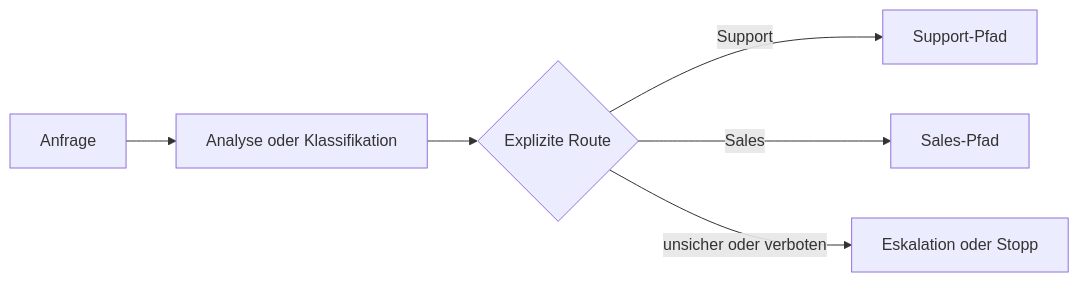
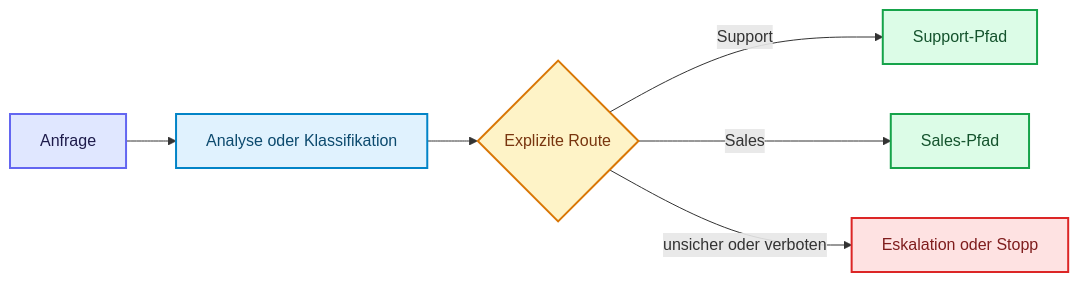
The second of 7 diagrams in docs/04-agenten-implementierung/entwurf/agent-architekturen.md (ralf-42/Agenten), drawn with Mermaid before and after one commit. The commit also changed other lines of this file and 18 other files, not shown here.

````diff
--- a/docs/04-agenten-implementierung/entwurf/agent-architekturen.md
+++ b/docs/04-agenten-implementierung/entwurf/agent-architekturen.md
@@ -119,8 +128,19 @@
 ```mermaid
 flowchart LR
     A[Anfrage] --> B[Analyse oder Klassifikation]
     B --> C{Explizite Route}
     C -->|Support| S[Support-Pfad]
     C -->|Sales| V[Sales-Pfad]
     C -->|unsicher oder verboten| E[Eskalation oder Stopp]
+
+    classDef default fill:#e0f2fe,stroke:#0284c7,stroke-width:2px,color:#0c4a6e;
+    classDef input fill:#e0e7ff,stroke:#6366f1,stroke-width:2px,color:#1e1b4b;
+    classDef metric fill:#fef3c7,stroke:#d97706,stroke-width:2px,color:#78350f;
+    classDef output fill:#dcfce7,stroke:#16a34a,stroke-width:2px,color:#14532d;
+    classDef stop fill:#fee2e2,stroke:#dc2626,stroke-width:2px,color:#7f1d1d;
+
+    class A input;
+    class C metric;
+    class S,V output;
+    class E stop;
 ```
````
